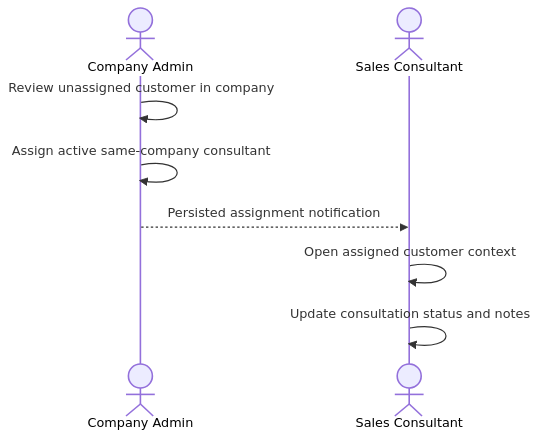
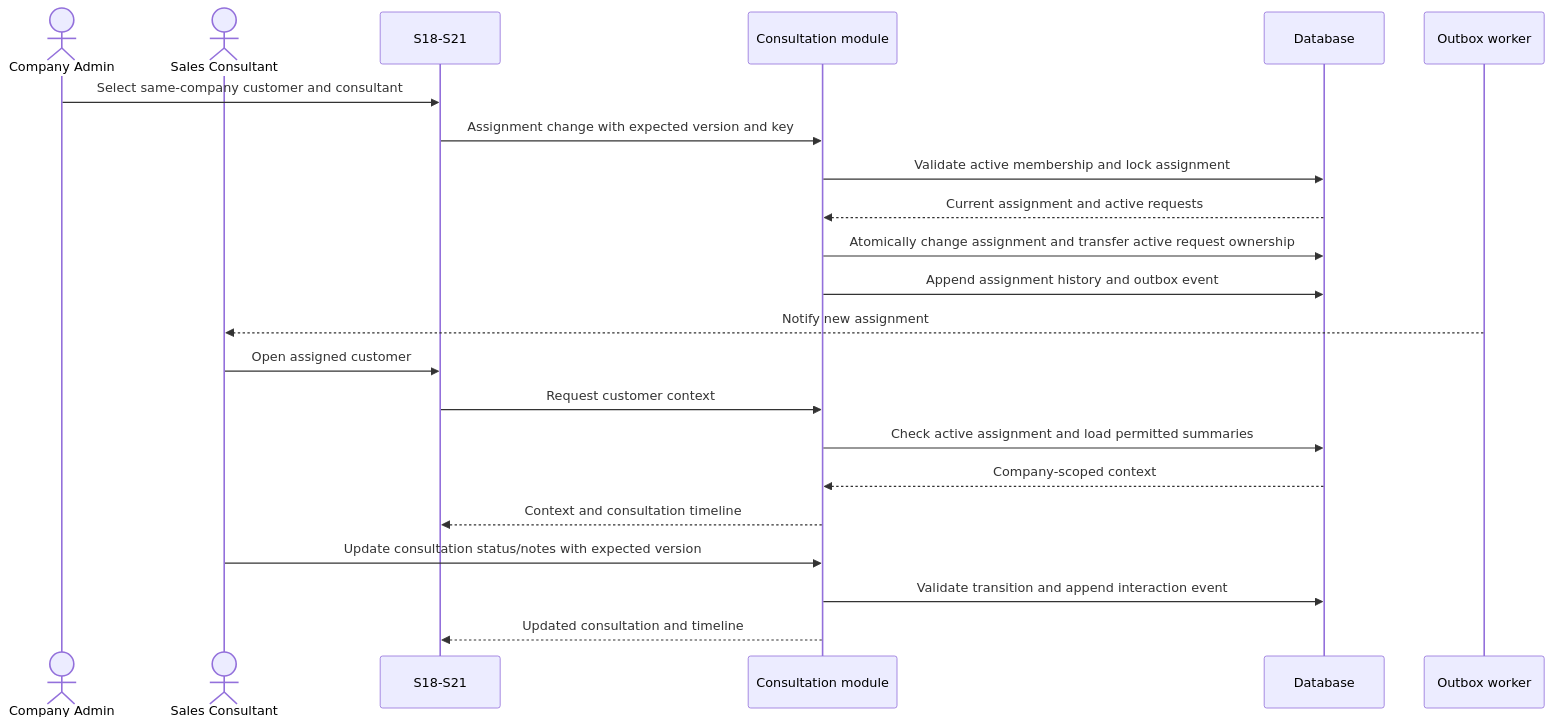
One commit to ankhanhwork/weavelink-project changed the second of 2 diagrams in specs/spec-MFG-08.md. Above: the diagram before and after it, drawn with Mermaid. The commit also changed other lines of this file and 12 other files, not shown here.

````diff
--- a/specs/spec-MFG-08.md
+++ b/specs/spec-MFG-08.md
@@ -71,10 +81,24 @@
 ```mermaid
 sequenceDiagram
-  actor A as Company Admin
-  actor S as Sales Consultant
-  A->>A: Review unassigned customer in company
-  A->>A: Assign active same-company consultant
-  A-->>S: Persisted assignment notification
-  S->>S: Open assigned customer context
-  S->>S: Update consultation status and notes
+    actor CompanyAdmin as Company Admin
+    actor Consultant as Sales Consultant
+    participant ConsultationUI as S18-S21
+    participant ConsultationModule as Consultation module
+    participant Database as Database
+    participant OutboxWorker as Outbox worker
+    CompanyAdmin->>ConsultationUI: Select same-company customer and consultant
+    ConsultationUI->>ConsultationModule: Assignment change with expected version and key
+    ConsultationModule->>Database: Validate active membership and lock assignment
+    Database-->>ConsultationModule: Current assignment and active requests
+    ConsultationModule->>Database: Atomically change assignment and transfer active request ownership
+    ConsultationModule->>Database: Append assignment history and outbox event
+    OutboxWorker-->>Consultant: Notify new assignment
+    Consultant->>ConsultationUI: Open assigned customer
+    ConsultationUI->>ConsultationModule: Request customer context
+    ConsultationModule->>Database: Check active assignment and load permitted summaries
+    Database-->>ConsultationModule: Company-scoped context
+    ConsultationModule-->>ConsultationUI: Context and consultation timeline
+    Consultant->>ConsultationModule: Update consultation status/notes with expected version
+    ConsultationModule->>Database: Validate transition and append interaction event
+    ConsultationModule-->>ConsultationUI: Updated consultation and timeline
 ```
````
